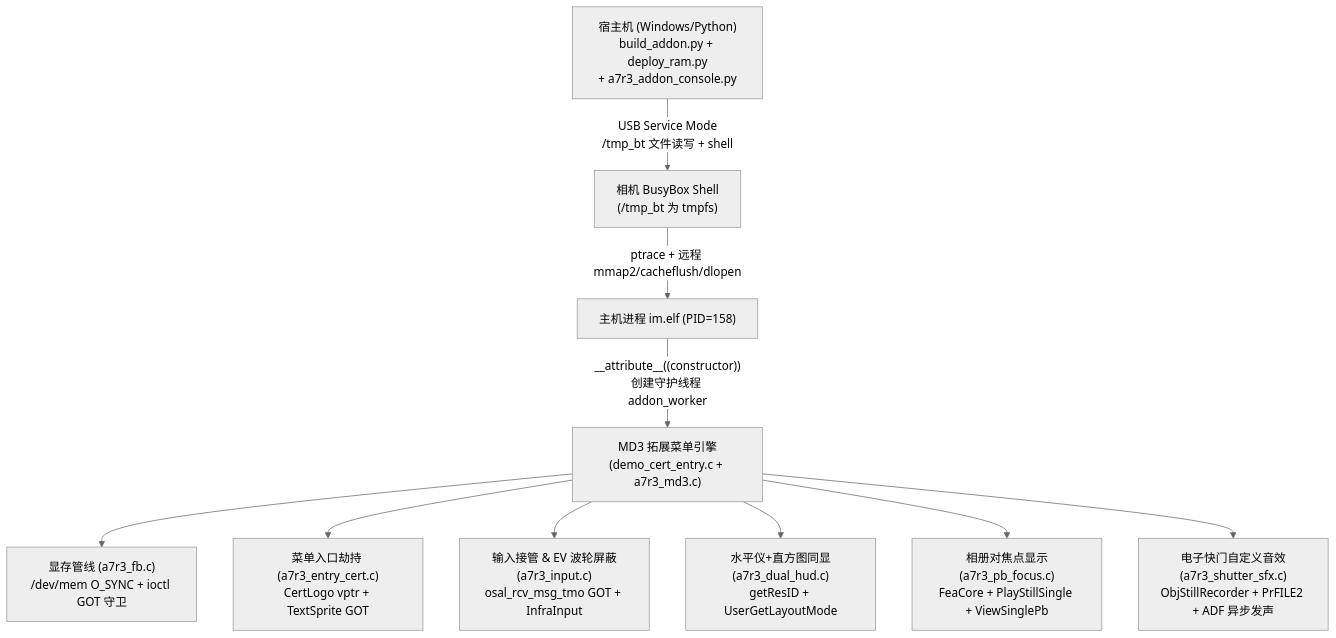
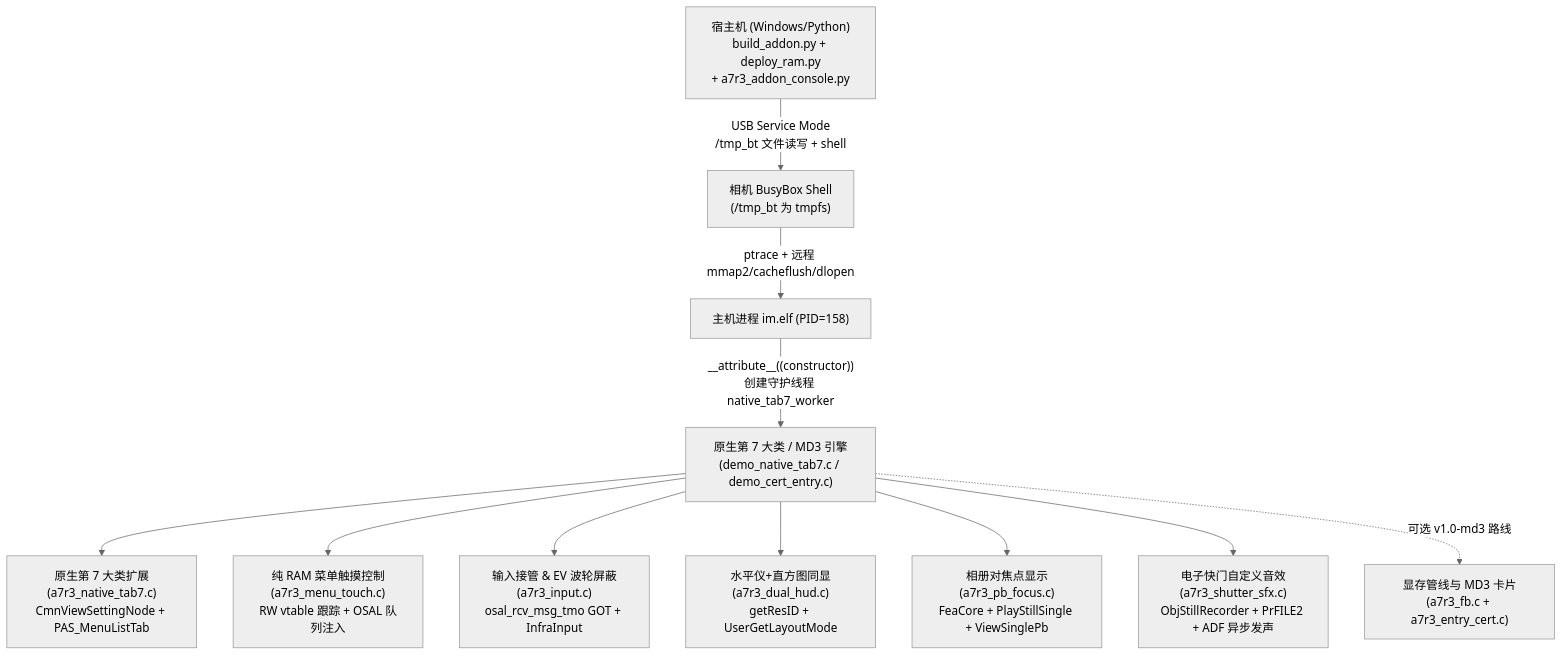
One commit to Kevin2651486613/a7r3-ram-extension-menu changed the diagram in docs/ARCHITECTURE.md. Above: the diagram before and after it, drawn with Mermaid (neutral theme). The commit also changed other lines of this file and 12 other files, not shown here.

Commit message:
feat(native-tab7): add pure-RAM menu touch control and polish v2.0 GitHub release

````diff
--- a/docs/ARCHITECTURE.md
+++ b/docs/ARCHITECTURE.md
@@ -9,12 +9,13 @@
 ```mermaid
 flowchart TD
     PC["宿主机 (Windows/Python)\nbuild_addon.py + deploy_ram.py\n+ a7r3_addon_console.py"] -->|"USB Service Mode\n/tmp_bt 文件读写 + shell"| SH["相机 BusyBox Shell\n(/tmp_bt 为 tmpfs)"]
     SH -->|"ptrace + 远程 mmap2/cacheflush/dlopen"| IM["主机进程 im.elf (PID=158)"]
-    IM -->|"__attribute__((constructor))\n创建守护线程 addon_worker"| UI["MD3 拓展菜单引擎\n(demo_cert_entry.c + a7r3_md3.c)"]
-    UI --> FB["显存管线 (a7r3_fb.c)\n/dev/mem O_SYNC + ioctl GOT 守卫"]
-    UI --> CERT["菜单入口劫持 (a7r3_entry_cert.c)\nCertLogo vptr + TextSprite GOT"]
+    IM -->|"__attribute__((constructor))\n创建守护线程 native_tab7_worker"| UI["原生第 7 大类 / MD3 引擎\n(demo_native_tab7.c / demo_cert_entry.c)"]
+    UI --> TAB7["原生第 7 大类扩展\n(a7r3_native_tab7.c)\nCmnViewSettingNode + PAS_MenuListTab"]
+    UI --> MTOUCH["纯 RAM 菜单触摸控制\n(a7r3_menu_touch.c)\nRW vtable 跟踪 + OSAL 队列注入"]
     UI --> INP["输入接管 & EV 波轮屏蔽\n(a7r3_input.c)\nosal_rcv_msg_tmo GOT + InfraInput"]
     UI --> HUD["水平仪+直方图同显\n(a7r3_dual_hud.c)\ngetResID + UserGetLayoutMode"]
     UI --> PB["相册对焦点显示\n(a7r3_pb_focus.c)\nFeaCore + PlayStillSingle + ViewSinglePb"]
     UI --> SFX["电子快门自定义音效\n(a7r3_shutter_sfx.c)\nObjStillRecorder + PrFILE2 + ADF 异步发声"]
+    UI -.->|"可选 v1.0-md3 路线"| FB["显存管线与 MD3 卡片\n(a7r3_fb.c + a7r3_entry_cert.c)"]
 ```
````
